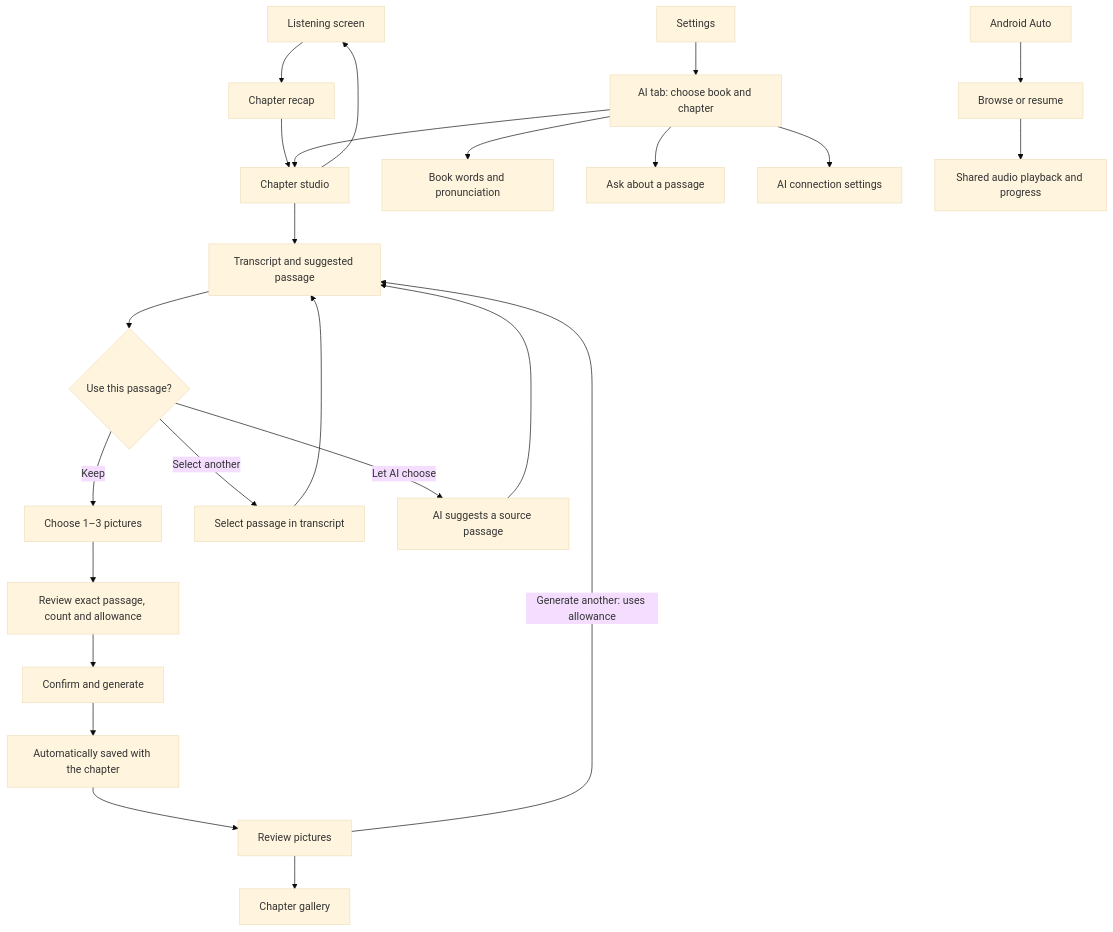
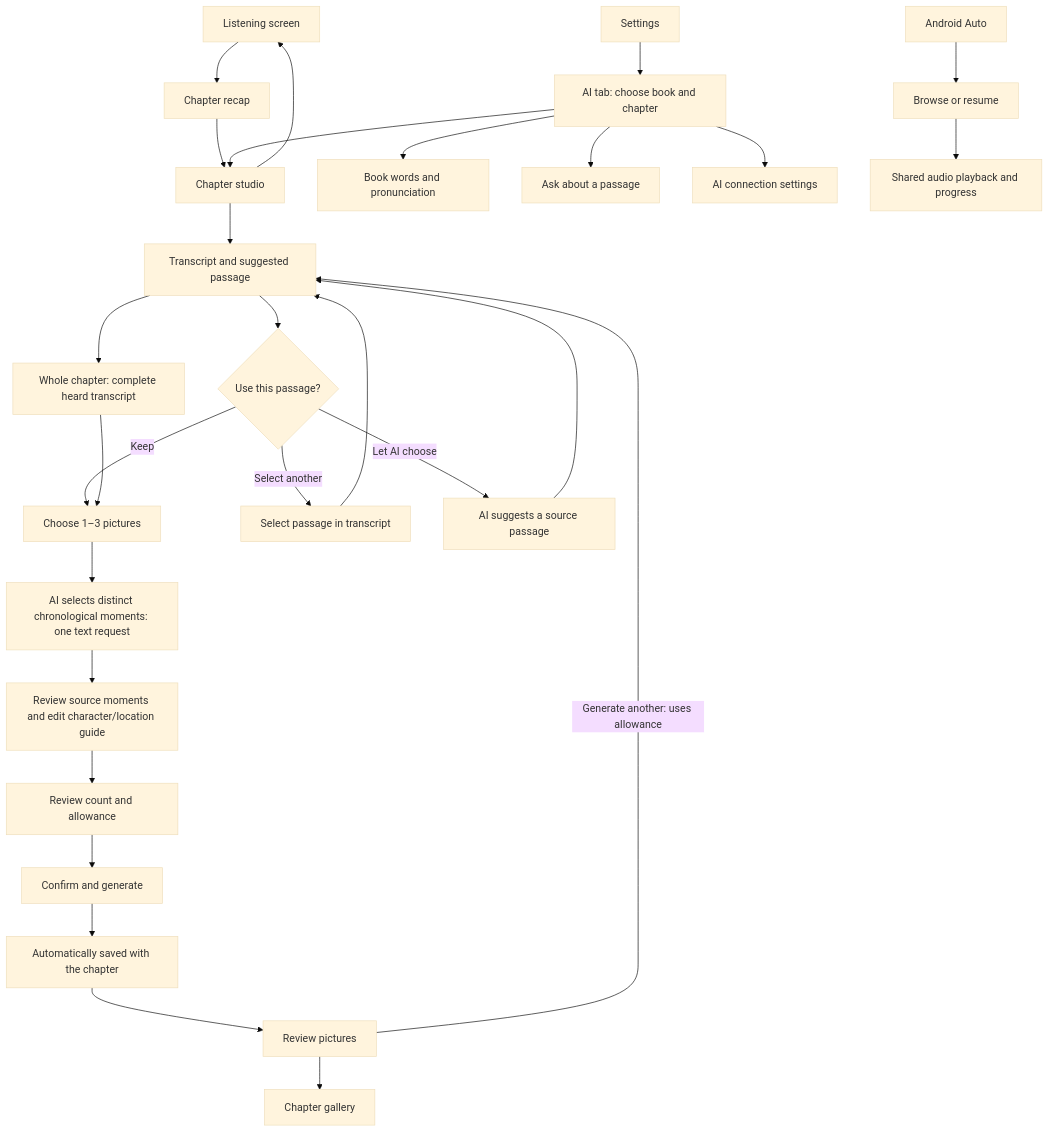
The diagram in docs/ai-user-flow.md (AdLgames/morrowaudio), drawn with Mermaid (base theme) before and after one commit. The commit also changed other lines of this file and 2 other files, not shown here.

Commit message:
Record signed 2.0 release checksums and chapter storyboard flow [skip ci]

````diff
--- a/docs/ai-user-flow.md
+++ b/docs/ai-user-flow.md
@@ -5,26 +5,30 @@
 ```mermaid
 flowchart TD
     L[Listening screen] --> R[Chapter recap]
     R --> S[Chapter studio]
     AI[AI tab: choose book and chapter] --> S
     Settings --> AI
     S --> T[Transcript and suggested passage]
     T --> P{Use this passage?}
     P -->|Keep| N[Choose 1–3 pictures]
     P -->|Select another| M[Select passage in transcript]
     P -->|Let AI choose| A[AI suggests a source passage]
     M --> T
     A --> T
-    N --> Q[Review exact passage, count and allowance]
+    T --> Whole[Whole chapter: complete heard transcript]
+    Whole --> N
+    N --> Plan[AI selects distinct chronological moments: one text request]
+    Plan --> Guide[Review source moments and edit character/location guide]
+    Guide --> Q[Review count and allowance]
     Q --> G[Confirm and generate]
     G --> Saved[Automatically saved with the chapter]
     Saved --> V[Review pictures]
     V --> C[Chapter gallery]
     V -->|Generate another: uses allowance| T
     AI --> Words[Book words and pronunciation]
     AI --> Ask[Ask about a passage]
     AI --> Connection[AI connection settings]
     S --> L
     Auto[Android Auto] --> B[Browse or resume]
     B --> Play[Shared audio playback and progress]
 ```
````
